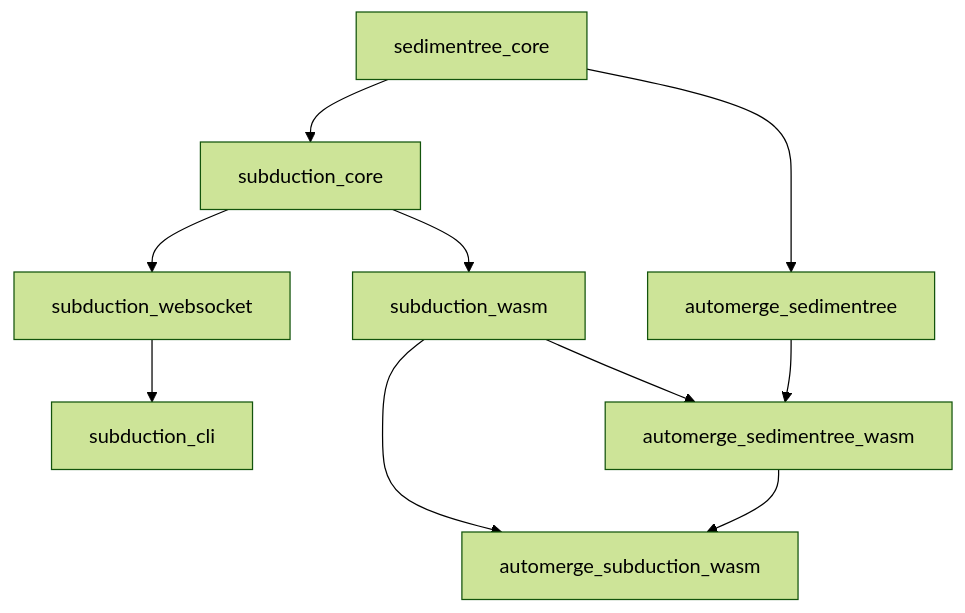
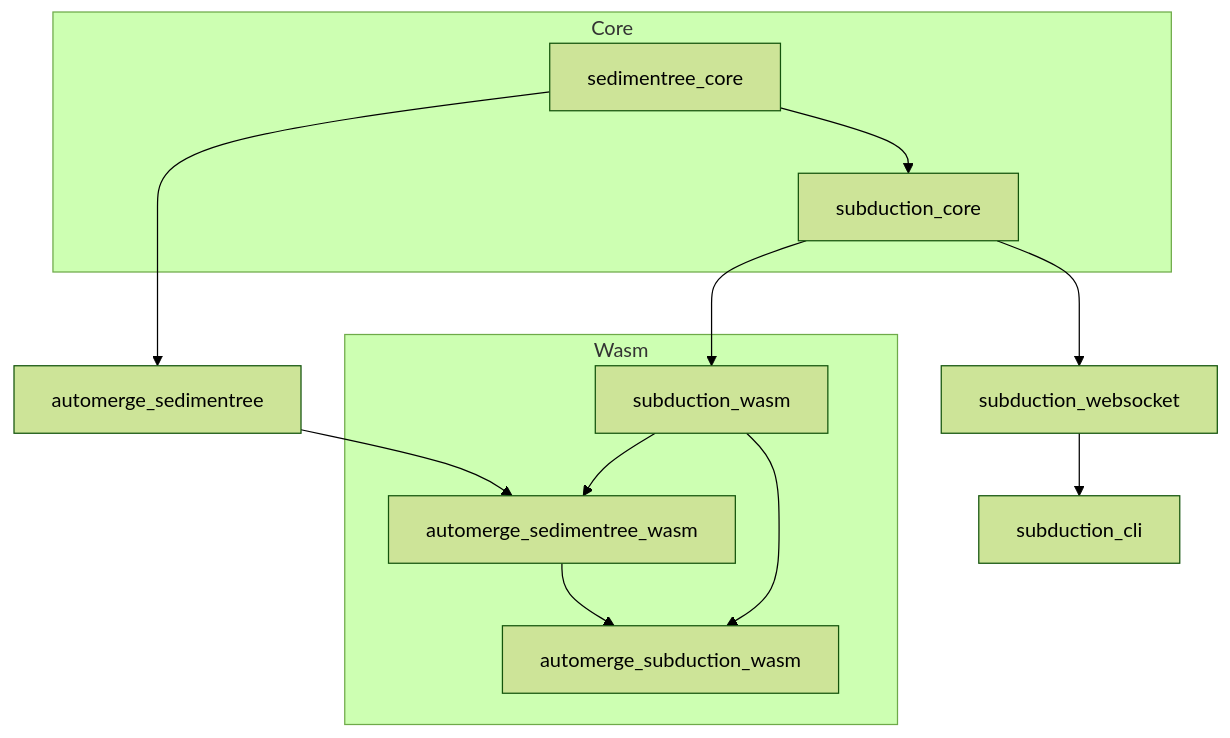
Before and after one commit to inkandswitch/subduction: the diagram in README.md, drawn with Mermaid (forest theme).

Commit message:
Imprpve readme

````diff
--- a/README.md
+++ b/README.md
@@ -25,16 +25,31 @@
 ```mermaid
 graph TD
+    subgraph Core
+        sedimentree_core
+        subduction_core
+    end
+
+    automerge_sedimentree
+    subduction_websocket
+    subduction_cli
+
+    subgraph Wasm 
+        subduction_wasm
+        automerge_sedimentree_wasm
+        automerge_subduction_wasm
+    end
+
     sedimentree_core --> subduction_core
     sedimentree_core --> automerge_sedimentree
 
     subduction_core --> subduction_websocket
     subduction_core --> subduction_wasm
 
     subduction_websocket --> subduction_cli
 
     automerge_sedimentree --> automerge_sedimentree_wasm
     subduction_wasm --> automerge_sedimentree_wasm
 
     automerge_sedimentree_wasm --> automerge_subduction_wasm
     subduction_wasm --> automerge_subduction_wasm
 ```
````
